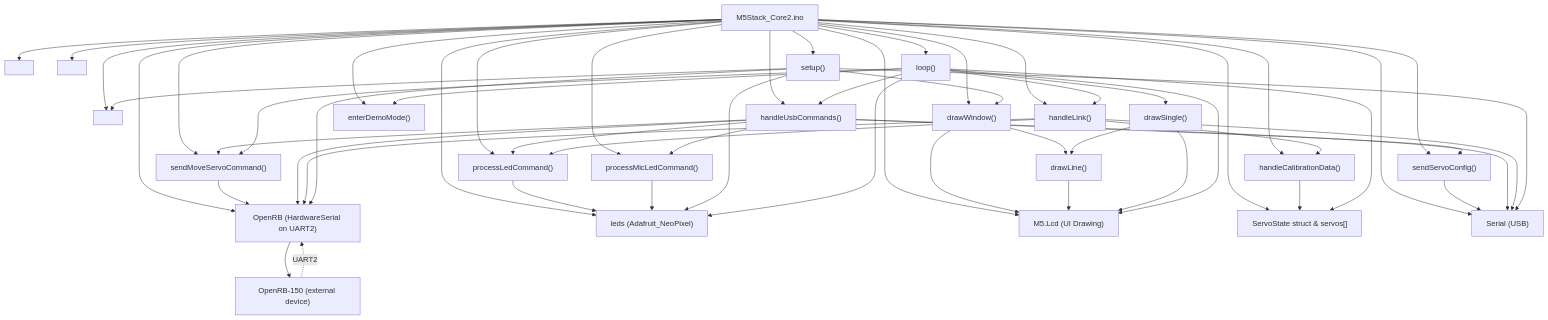
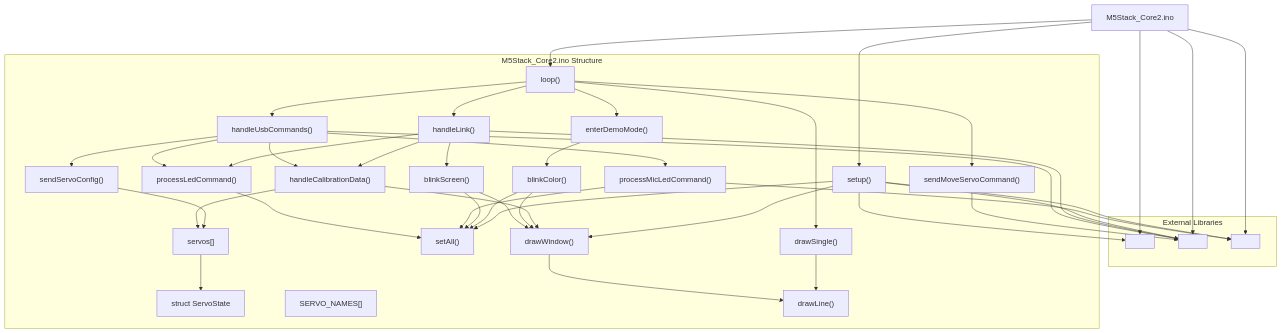
One commit to simonedland/Wheatley changed the diagram in Wheatley/ino/M5 stack Core2/AI_Graph.md. Above: the diagram before and after it, drawn with Mermaid. The commit also changed 19 other files, not shown here.

````diff
--- a/Wheatley/ino/M5 stack Core2/AI_Graph.md
+++ b/Wheatley/ino/M5 stack Core2/AI_Graph.md
@@ -4,109 +4,78 @@
 graph TD
     M5Stack_Core2_ino["M5Stack_Core2.ino"]
 
-    %% External Libraries
-    M5Unified["<M5Unified.h>"]
-    HardwareSerial["<HardwareSerial.h>"]
-    Adafruit_NeoPixel["<Adafruit_NeoPixel.h>"]
+    %% External Libraries / Dependencies (not files in directory, but referenced)
+    subgraph External_Libraries [External Libraries]
+        M5Unified_h["<M5Unified.h>"]
+        HardwareSerial_h["<HardwareSerial.h>"]
+        Adafruit_NeoPixel_h["<Adafruit_NeoPixel.h>"]
+    end
 
-    %% Relationships (imports/includes)
-    M5Stack_Core2_ino --> M5Unified
-    M5Stack_Core2_ino --> HardwareSerial
-    M5Stack_Core2_ino --> Adafruit_NeoPixel
+    %% File to library dependencies
+    M5Stack_Core2_ino --> M5Unified_h
+    M5Stack_Core2_ino --> HardwareSerial_h
+    M5Stack_Core2_ino --> Adafruit_NeoPixel_h
 
-    %% HardwareSerial instance for UART2
-    OpenRB["OpenRB (HardwareSerial on UART2)"]
-    M5Stack_Core2_ino --> OpenRB
+    %% Internal structure (modules/classes/functions)
+    subgraph M5Stack_Core2_ino_struct [M5Stack_Core2.ino Structure]
+        ServoState_struct["struct ServoState"]
+        servos_array["servos[]"]
+        SERVO_NAMES_array["SERVO_NAMES[]"]
+        setAll_func["setAll()"]
+        blinkScreen_func["blinkScreen()"]
+        blinkColor_func["blinkColor()"]
+        processLedCommand_func["processLedCommand()"]
+        processMicLedCommand_func["processMicLedCommand()"]
+        enterDemoMode_func["enterDemoMode()"]
+        drawLine_func["drawLine()"]
+        drawWindow_func["drawWindow()"]
+        drawSingle_func["drawSingle()"]
+        sendMoveServoCommand_func["sendMoveServoCommand()"]
+        handleCalibrationData_func["handleCalibrationData()"]
+        sendServoConfig_func["sendServoConfig()"]
+        handleUsbCommands_func["handleUsbCommands()"]
+        handleLink_func["handleLink()"]
+        setup_func["setup()"]
+        loop_func["loop()"]
+    end
 
-    %% NeoPixel LED strip
-    NeoPixelStrip["leds (Adafruit_NeoPixel)"]
-    M5Stack_Core2_ino --> NeoPixelStrip
+    %% Relationships between functions and data
+    servos_array --> ServoState_struct
+    processLedCommand_func --> setAll_func
+    processMicLedCommand_func --> Adafruit_NeoPixel_h
+    processMicLedCommand_func --> setAll_func
+    blinkScreen_func --> setAll_func
+    blinkScreen_func --> drawWindow_func
+    blinkColor_func --> setAll_func
+    blinkColor_func --> drawWindow_func
+    enterDemoMode_func --> blinkColor_func
+    drawWindow_func --> drawLine_func
+    drawSingle_func --> drawLine_func
+    sendMoveServoCommand_func --> HardwareSerial_h
+    handleCalibrationData_func --> servos_array
+    handleCalibrationData_func --> drawWindow_func
+    sendServoConfig_func --> servos_array
+    handleUsbCommands_func --> processLedCommand_func
+    handleUsbCommands_func --> processMicLedCommand_func
+    handleUsbCommands_func --> handleCalibrationData_func
+    handleUsbCommands_func --> sendServoConfig_func
+    handleUsbCommands_func --> HardwareSerial_h
+    handleLink_func --> processLedCommand_func
+    handleLink_func --> handleCalibrationData_func
+    handleLink_func --> blinkScreen_func
+    handleLink_func --> HardwareSerial_h
+    setup_func --> drawWindow_func
+    setup_func --> setAll_func
+    setup_func --> HardwareSerial_h
+    setup_func --> Adafruit_NeoPixel_h
+    setup_func --> M5Unified_h
+    loop_func --> handleLink_func
+    loop_func --> handleUsbCommands_func
+    loop_func --> enterDemoMode_func
+    loop_func --> drawSingle_func
+    loop_func --> sendMoveServoCommand_func
 
-    %% UI and LCD
-    LCD["M5.Lcd (UI Drawing)"]
-    M5Stack_Core2_ino --> LCD
-
-    %% Servo State and Bookkeeping
-    ServoState["ServoState struct & servos[]"]
-    M5Stack_Core2_ino --> ServoState
-
-    %% USB Serial
-    USBSerial["Serial (USB)"]
-    M5Stack_Core2_ino --> USBSerial
-
-    %% OpenRB-150 Link
-    OpenRB150["OpenRB-150 (external device)"]
-    OpenRB --> OpenRB150
-
-    %% LED Command Processing
-    processLedCommand["processLedCommand()"]
-    processMicLedCommand["processMicLedCommand()"]
-    M5Stack_Core2_ino --> processLedCommand
-    M5Stack_Core2_ino --> processMicLedCommand
-    processLedCommand --> NeoPixelStrip
-    processMicLedCommand --> NeoPixelStrip
-
-    %% Servo Command Processing
-    sendMoveServoCommand["sendMoveServoCommand()"]
-    handleCalibrationData["handleCalibrationData()"]
-    sendServoConfig["sendServoConfig()"]
-    M5Stack_Core2_ino --> sendMoveServoCommand
-    M5Stack_Core2_ino --> handleCalibrationData
-    M5Stack_Core2_ino --> sendServoConfig
-    sendMoveServoCommand --> OpenRB
-    handleCalibrationData --> ServoState
-    sendServoConfig --> USBSerial
-
-    %% UI Drawing Functions
-    drawWindow["drawWindow()"]
-    drawLine["drawLine()"]
-    drawSingle["drawSingle()"]
-    M5Stack_Core2_ino --> drawWindow
-    drawWindow --> drawLine
-    drawSingle --> drawLine
-    drawWindow --> LCD
-    drawLine --> LCD
-    drawSingle --> LCD
-
-    %% Handlers
-    handleUsbCommands["handleUsbCommands()"]
-    handleLink["handleLink()"]
-    M5Stack_Core2_ino --> handleUsbCommands
-    M5Stack_Core2_ino --> handleLink
-    handleUsbCommands --> processLedCommand
-    handleUsbCommands --> processMicLedCommand
-    handleUsbCommands --> sendServoConfig
-    handleUsbCommands --> sendMoveServoCommand
-    handleUsbCommands --> USBSerial
-    handleUsbCommands --> OpenRB
-    handleLink --> processLedCommand
-    handleLink --> handleCalibrationData
-    handleLink --> OpenRB
-    handleLink --> USBSerial
-
-    %% Demo Mode
-    enterDemoMode["enterDemoMode()"]
-    M5Stack_Core2_ino --> enterDemoMode
-
-    %% Main Loop
-    setup["setup()"]
-    loop["loop()"]
-    M5Stack_Core2_ino --> setup
-    M5Stack_Core2_ino --> loop
-    setup --> M5Unified
-    setup --> OpenRB
-    setup --> NeoPixelStrip
-    setup --> drawWindow
-    setup --> USBSerial
-    loop --> handleLink
-    loop --> handleUsbCommands
-    loop --> sendMoveServoCommand
-    loop --> drawSingle
-    loop --> enterDemoMode
-    loop --> ServoState
-    loop --> LCD
-    loop --> NeoPixelStrip
-
-    %% External Device
-    OpenRB150 -. UART2 .-> OpenRB
+    %% Main entry points
+    M5Stack_Core2_ino --> setup_func
+    M5Stack_Core2_ino --> loop_func
 ```
````
